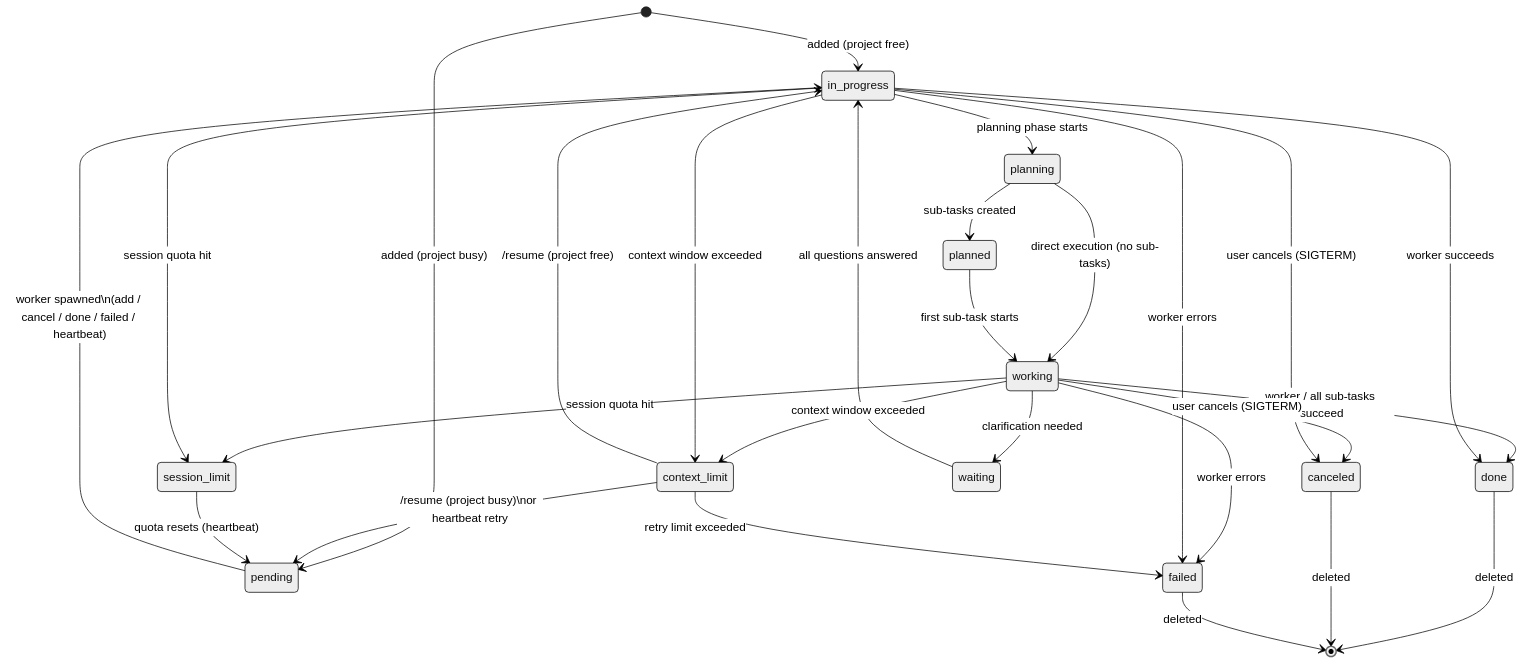
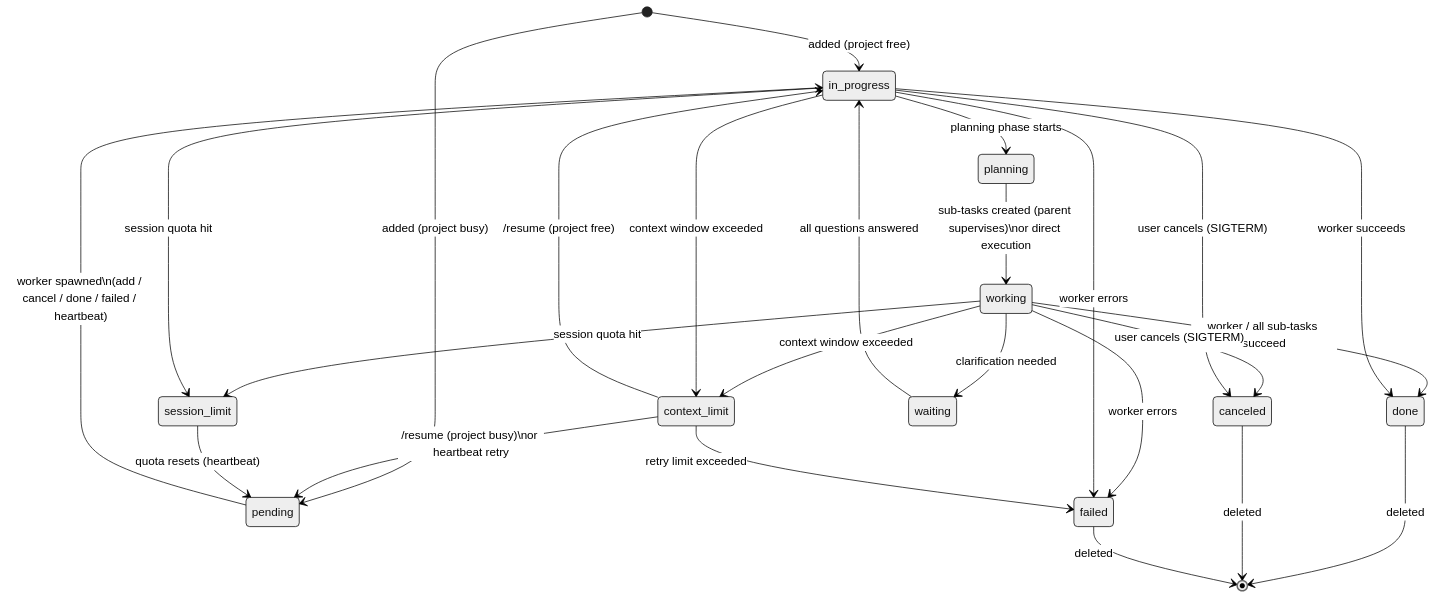
The diagram in README.md (mirkofelt/todo-board), drawn with Mermaid (neutral theme) before and after one commit. The commit also changed other lines of this file, not shown here.

First line of the commit message:
docs: update README to reflect removal of planned status and news feed improvements

````diff
--- a/README.md
+++ b/README.md
@@ -201,35 +208,33 @@
 ```mermaid
 stateDiagram-v2
     [*] --> in_progress : added (project free)
     [*] --> pending : added (project busy)
 
     pending --> in_progress : worker spawned\n(add / cancel / done / failed / heartbeat)
 
     in_progress --> planning : planning phase starts
-    planning --> planned : sub-tasks created
-    planning --> working : direct execution (no sub-tasks)
-    planned --> working : first sub-task starts
+    planning --> working : sub-tasks created (parent supervises)\nor direct execution
     working --> done : worker / all sub-tasks succeed
     working --> failed : worker errors
     working --> context_limit : context window exceeded
     working --> session_limit : session quota hit
     working --> canceled : user cancels (SIGTERM)
     working --> waiting : clarification needed
     in_progress --> done : worker succeeds
     in_progress --> failed : worker errors
     in_progress --> context_limit : context window exceeded
     in_progress --> session_limit : session quota hit
     in_progress --> canceled : user cancels (SIGTERM)
 
     waiting --> in_progress : all questions answered
 
     context_limit --> in_progress : /resume (project free)
     context_limit --> pending : /resume (project busy)\nor heartbeat retry
     context_limit --> failed : retry limit exceeded
 
     session_limit --> pending : quota resets (heartbeat)
 
     done --> [*] : deleted
     canceled --> [*] : deleted
     failed --> [*] : deleted
 ```
````
